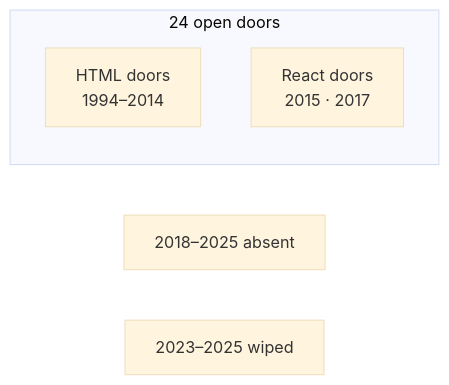
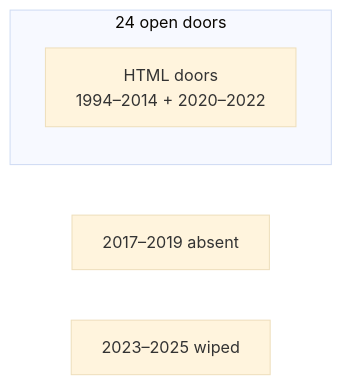
One commit to sourabhligade/internet-through-time changed the second of 5 diagrams in docs/FLOW-CHECK-DIAGRAM.md. Above: the diagram before and after it, drawn with Mermaid (base theme). The commit also changed other lines of this file and 273 other files, not shown here.

````diff
--- a/docs/FLOW-CHECK-DIAGRAM.md
+++ b/docs/FLOW-CHECK-DIAGRAM.md
@@ -46,9 +45,8 @@
 ```mermaid
 flowchart LR
  subgraph PLAY["24 open doors"]
- HTML["HTML doors<br/>1994–2014"]
- REACT["React doors<br/>2015 · 2017"]
+ HTML["HTML doors<br/>1994–2014 + 2020–2022"]
  end
- ABSENT["2018–2025 absent"]
+ ABSENT["2017–2019 absent"]
  WIPE["2023–2025 wiped"]
 ```
````
